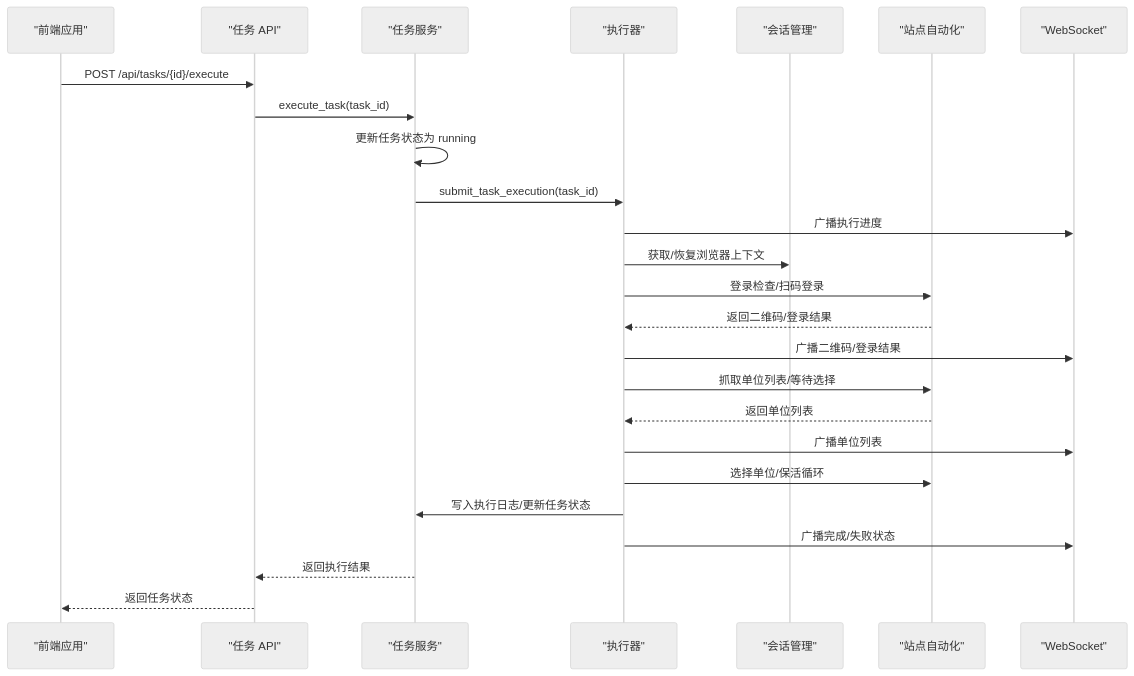
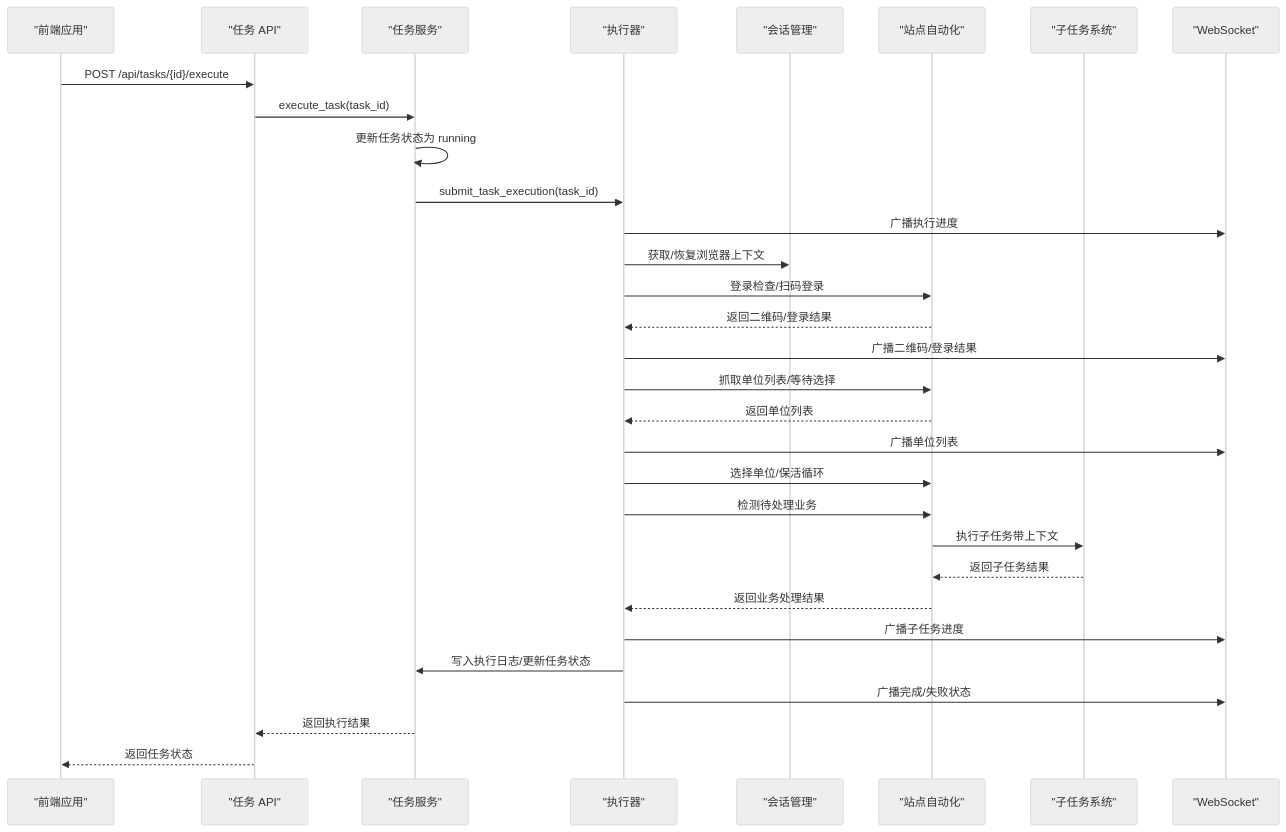
Before and after one commit to onebody/ccclubs_AI_RPA: the second of 10 diagrams in .qoder/repowiki/zh/content/后端服务架构/任务管理系统.md, drawn with Mermaid (neutral theme). The commit also changed other lines of this file and 50 other files, not shown here.

````diff
--- a/.qoder/repowiki/zh/content/后端服务架构/任务管理系统.md
+++ b/.qoder/repowiki/zh/content/后端服务架构/任务管理系统.md
@@ -123,27 +150,33 @@
 ```mermaid
 sequenceDiagram
 participant FE as "前端应用"
 participant API as "任务 API"
 participant SVC as "任务服务"
 participant EXE as "执行器"
 participant SM as "会话管理"
 participant SA as "站点自动化"
+participant ST as "子任务系统"
 participant WS as "WebSocket"
 FE->>API : POST /api/tasks/{id}/execute
 API->>SVC : execute_task(task_id)
 SVC->>SVC : 更新任务状态为 running
 SVC->>EXE : submit_task_execution(task_id)
 EXE->>WS : 广播执行进度
 EXE->>SM : 获取/恢复浏览器上下文
 EXE->>SA : 登录检查/扫码登录
 SA-->>EXE : 返回二维码/登录结果
 EXE->>WS : 广播二维码/登录结果
 EXE->>SA : 抓取单位列表/等待选择
 SA-->>EXE : 返回单位列表
 EXE->>WS : 广播单位列表
 EXE->>SA : 选择单位/保活循环
+EXE->>SA : 检测待处理业务
+SA->>ST : 执行子任务带上下文
+ST-->>SA : 返回子任务结果
+SA-->>EXE : 返回业务处理结果
+EXE->>WS : 广播子任务进度
 EXE->>SVC : 写入执行日志/更新任务状态
 EXE->>WS : 广播完成/失败状态
 SVC-->>API : 返回执行结果
 API-->>FE : 返回任务状态
 ```
````
